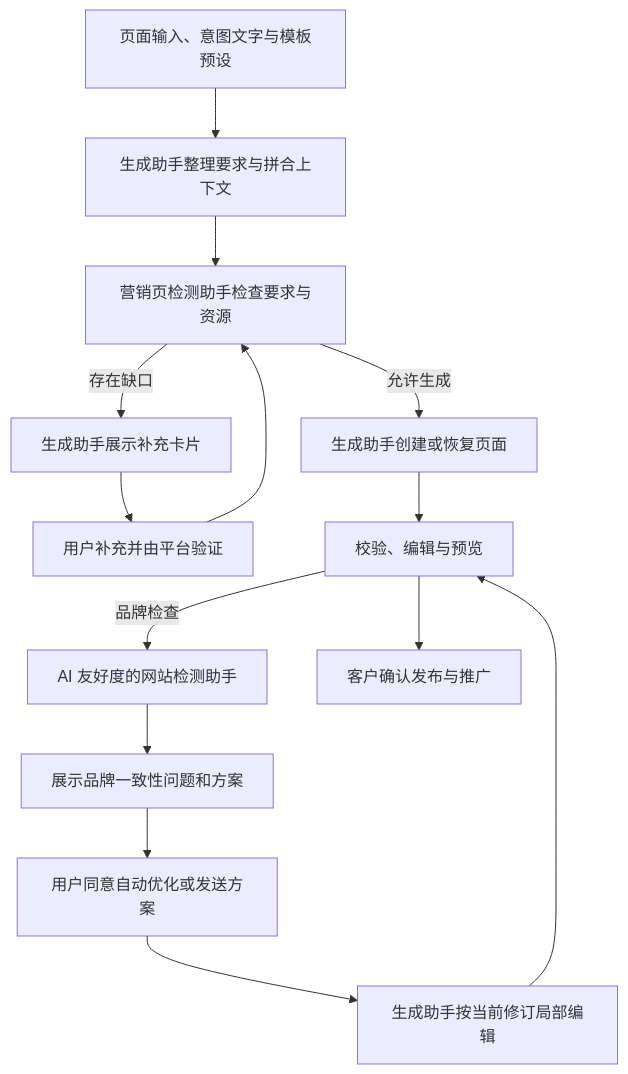
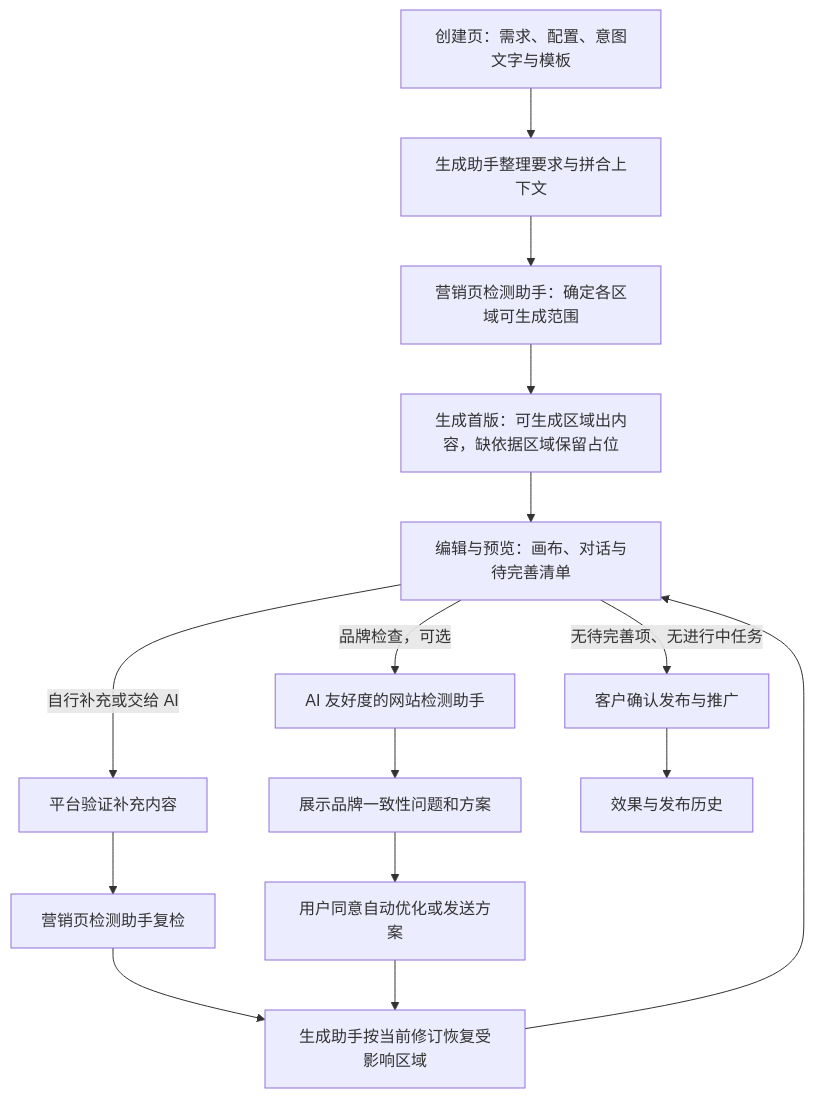
The first of 4 diagrams in marketing-frontend/docs/AI营销落地页-产品设计.md (ce-bj/growth-engine), drawn with Mermaid before and after one commit. The commit also changed other lines of this file and 4 other files, not shown here.

````diff
--- a/marketing-frontend/docs/AI营销落地页-产品设计.md
+++ b/marketing-frontend/docs/AI营销落地页-产品设计.md
@@ -58,16 +65,17 @@
 ```mermaid
 flowchart TD
- A[页面输入、意图文字与模板预设] --> G[生成助手整理要求与拼合上下文]
- G --> C[营销页检测助手检查要求与资源]
- C -->|存在缺口| U[生成助手展示补充卡片]
- U --> R[用户补充并由平台验证]
- R --> C
- C -->|允许生成| D[生成助手创建或恢复页面]
- D --> V[校验、编辑与预览]
- V -->|品牌检查| B[AI 友好度的网站检测助手]
+ A[创建页：需求、配置、意图文字与模板] --> G[生成助手整理要求与拼合上下文]
+ G --> C[营销页检测助手：确定各区域可生成范围]
+ C --> D[生成首版：可生成区域出内容，缺依据区域保留占位]
+ D --> V[编辑与预览：画布、对话与待完善清单]
+ V -->|自行补充或交给 AI| R[平台验证补充内容]
+ R --> C2[营销页检测助手复检]
+ C2 --> E[生成助手按当前修订恢复受影响区域]
+ E --> V
+ V -->|品牌检查，可选| B[AI 友好度的网站检测助手]
  B --> S[展示品牌一致性问题和方案]
  S --> K[用户同意自动优化或发送方案]
- K --> E[生成助手按当前修订局部编辑]
- E --> V
- V --> P[客户确认发布与推广]
+ K --> E
+ V -->|无待完善项、无进行中任务| P[客户确认发布与推广]
+ P --> F[效果与发布历史]
 ```
````
